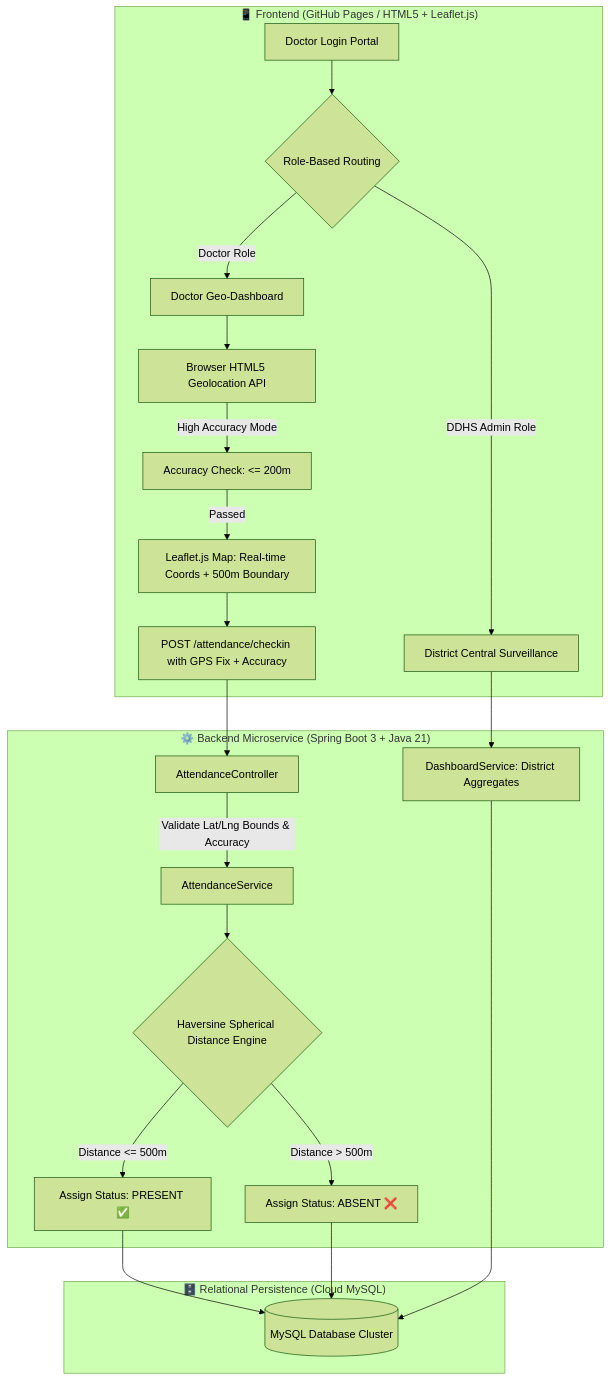
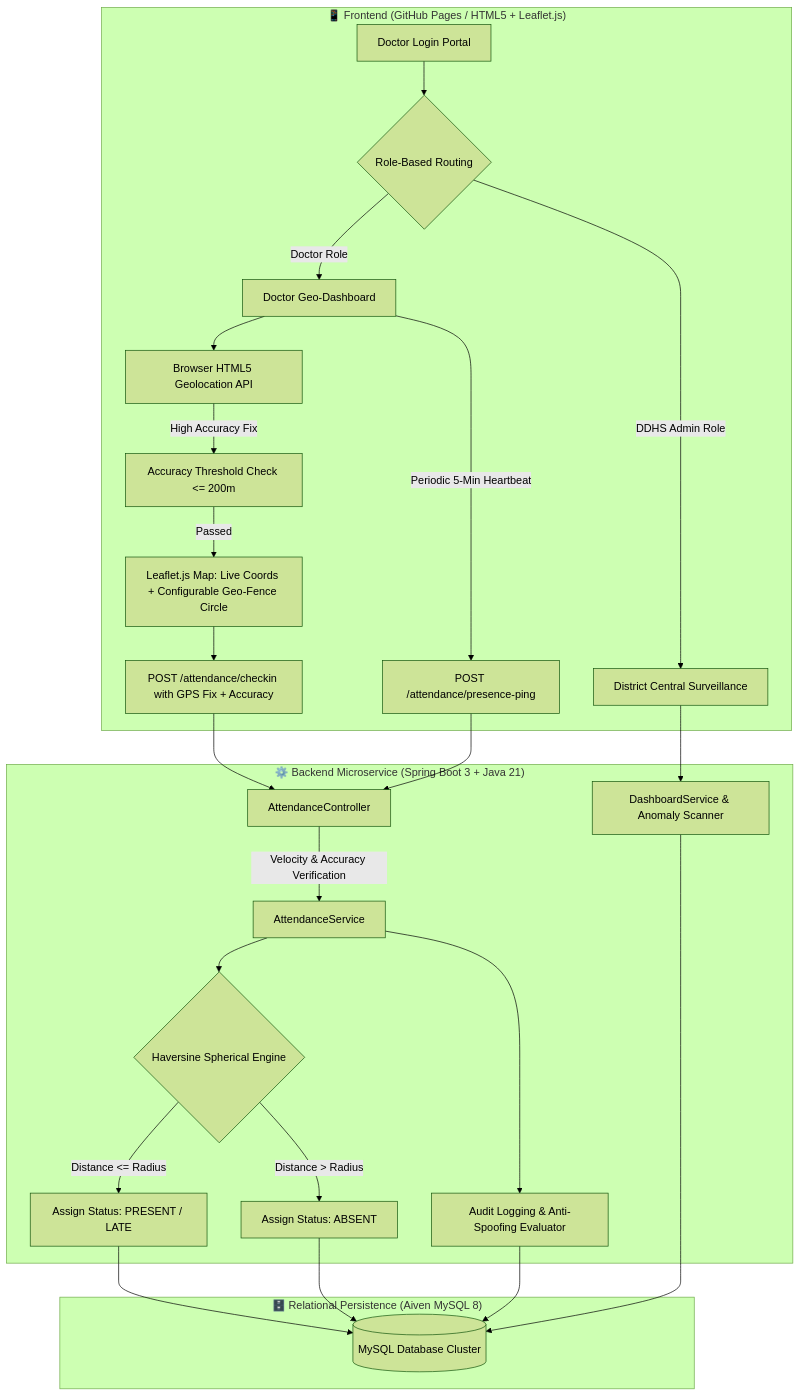
One commit to ranjithbrs/phc-doctor-attendance-system changed the first of 2 diagrams in README.md. Above: the diagram before and after it, drawn with Mermaid (forest theme). The commit also changed other lines of this file and 1 other file, not shown here.

Commit message:
docs(readme): Update root & backend README.md with live Aiven MySQL deployment & 9 enterprise upgrades

````diff
--- a/README.md
+++ b/README.md
@@ -43,28 +42,32 @@
 ```mermaid
 flowchart TD
     subgraph Client["📱 Frontend (GitHub Pages / HTML5 + Leaflet.js)"]
         A[Doctor Login Portal] --> B{Role-Based Routing}
         B -->|Doctor Role| C[Doctor Geo-Dashboard]
         B -->|DDHS Admin Role| D[District Central Surveillance]
         
         C --> E[Browser HTML5 Geolocation API]
-        E -->|High Accuracy Mode| F[Accuracy Check: <= 200m]
-        F -->|Passed| G[Leaflet.js Map: Real-time Coords + 500m Boundary]
+        E -->|High Accuracy Fix| F[Accuracy Threshold Check <= 200m]
+        F -->|Passed| G[Leaflet.js Map: Live Coords + Configurable Geo-Fence Circle]
         G --> H[POST /attendance/checkin with GPS Fix + Accuracy]
+        C -->|Periodic 5-Min Heartbeat| HB[POST /attendance/presence-ping]
     end
 
     subgraph Backend["⚙️ Backend Microservice (Spring Boot 3 + Java 21)"]
         H --> I[AttendanceController]
-        I -->|Validate Lat/Lng Bounds & Accuracy| J[AttendanceService]
-        J --> K{Haversine Spherical Distance Engine}
-        K -->|Distance <= 500m| L[Assign Status: PRESENT ✅]
-        K -->|Distance > 500m| M[Assign Status: ABSENT ❌]
-        D --> N[DashboardService: District Aggregates]
+        HB --> I
+        I -->|Velocity & Accuracy Verification| J[AttendanceService]
+        J --> K{Haversine Spherical Engine}
+        K -->|Distance <= Radius| L[Assign Status: PRESENT / LATE]
+        K -->|Distance > Radius| M[Assign Status: ABSENT]
+        J --> N[Audit Logging & Anti-Spoofing Evaluator]
+        D --> O[DashboardService & Anomaly Scanner]
     end
 
-    subgraph Database["🗄️ Relational Persistence (Cloud MySQL)"]
-        L --> O[(MySQL Database Cluster)]
-        M --> O
-        N --> O
+    subgraph Database["🗄️ Relational Persistence (Aiven MySQL 8)"]
+        L --> P[(MySQL Database Cluster)]
+        M --> P
+        N --> P
+        O --> P
     end
 ```
````
